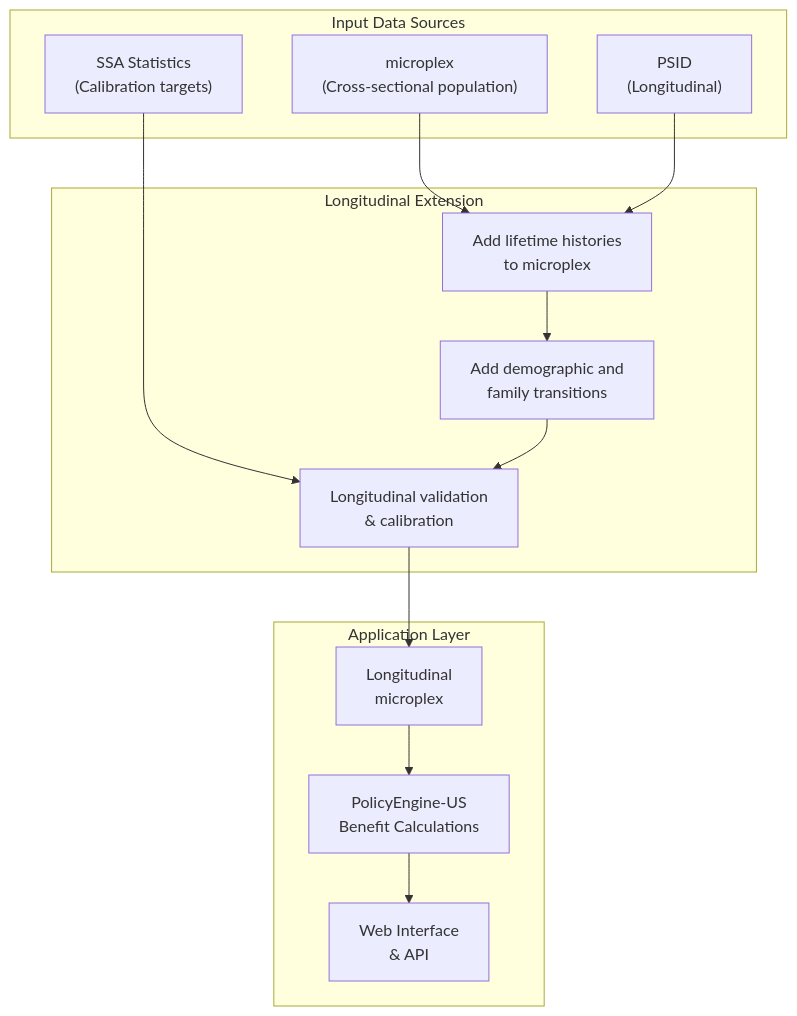
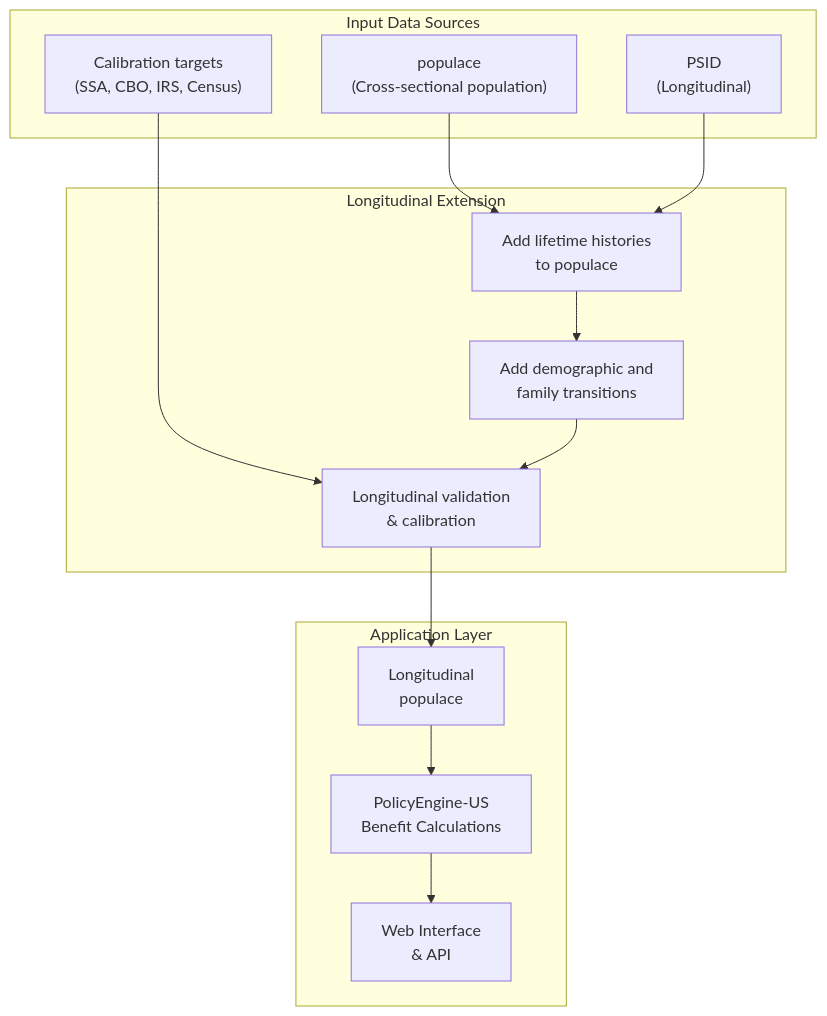
Before and after one commit to PolicyEngine/populace-dynamics: the diagram in docs/methodology.md, drawn with Mermaid. The commit also changed other lines of this file and 27 other files, not shown here.

````diff
--- a/docs/methodology.md
+++ b/docs/methodology.md
@@ -22,29 +31,29 @@
 ```mermaid
 flowchart TD
     subgraph inputs["Input Data Sources"]
-        MPX["microplex<br/>(Cross-sectional population)"]
+        MPX["populace<br/>(Cross-sectional population)"]
         PSID["PSID<br/>(Longitudinal)"]
-        SSA["SSA Statistics<br/>(Calibration targets)"]
+        SSA["Calibration targets<br/>(SSA, CBO, IRS, Census)"]
     end
 
     subgraph processing["Longitudinal Extension"]
-        HIST["Add lifetime histories<br/>to microplex"]
+        HIST["Add lifetime histories<br/>to populace"]
         TRANS["Add demographic and<br/>family transitions"]
         CAL["Longitudinal validation<br/>& calibration"]
     end
 
     subgraph outputs["Application Layer"]
-        PANEL["Longitudinal<br/>microplex"]
+        PANEL["Longitudinal<br/>populace"]
         PE["PolicyEngine-US<br/>Benefit Calculations"]
         WEB["Web Interface<br/>& API"]
     end
 
     MPX --> HIST
     PSID --> HIST
     HIST --> TRANS
     SSA --> CAL
     TRANS --> CAL
     CAL --> PANEL
     PANEL --> PE
     PE --> WEB
 ```
````
